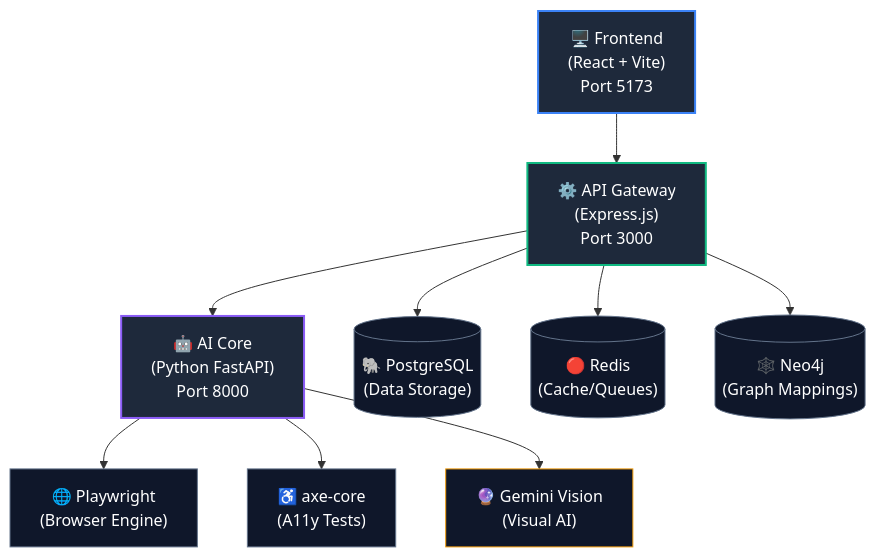
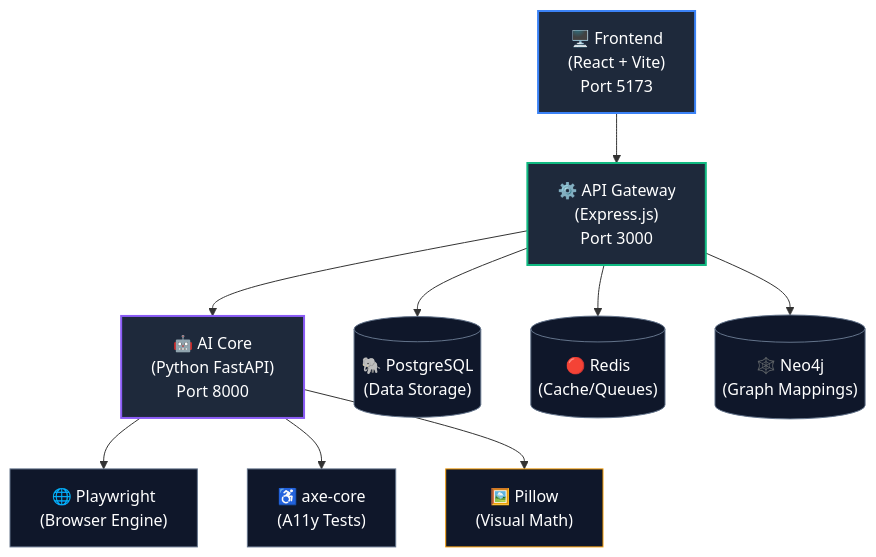
The first of 7 diagrams in README.md (rohith2157/BUGZERO), drawn with Mermaid before and after one commit. The commit also changed other lines of this file and 16 other files, not shown here.

````diff
--- a/README.md
+++ b/README.md
@@ -100,23 +100,23 @@
 ```mermaid
 graph TD;
     Frontend["🖥️ Frontend\n(React + Vite)\nPort 5173"] --> API["⚙️ API Gateway\n(Express.js)\nPort 3000"];
     API --> AI["🤖 AI Core\n(Python FastAPI)\nPort 8000"];
   
     API --> DB[("🐘 PostgreSQL\n(Data Storage)")]
     API --> Redis[("🔴 Redis\n(Cache/Queues)")]
     API --> Neo[("🕸️ Neo4j\n(Graph Mappings)")]
   
     AI --> PW["🌐 Playwright\n(Browser Engine)"]
     AI --> Axe["♿ axe-core\n(A11y Tests)"]
-    AI --> Gemini["🔮 Gemini Vision\n(Visual AI)"]
+    AI --> Pillow["🖼️ Pillow\n(Visual Math)"]
 
     style Frontend fill:#1E293B,stroke:#3B82F6,stroke-width:2px,color:#fff
     style API fill:#1E293B,stroke:#10B981,stroke-width:2px,color:#fff
     style AI fill:#1E293B,stroke:#8B5CF6,stroke-width:2px,color:#fff
     style DB fill:#0F172A,stroke:#64748B,color:#fff
     style Redis fill:#0F172A,stroke:#64748B,color:#fff
     style Neo fill:#0F172A,stroke:#64748B,color:#fff
     style PW fill:#0F172A,stroke:#64748B,color:#fff
     style Axe fill:#0F172A,stroke:#64748B,color:#fff
-    style Gemini fill:#0F172A,stroke:#F59E0B,color:#fff
+    style Pillow fill:#0F172A,stroke:#F59E0B,color:#fff
 ```
````
